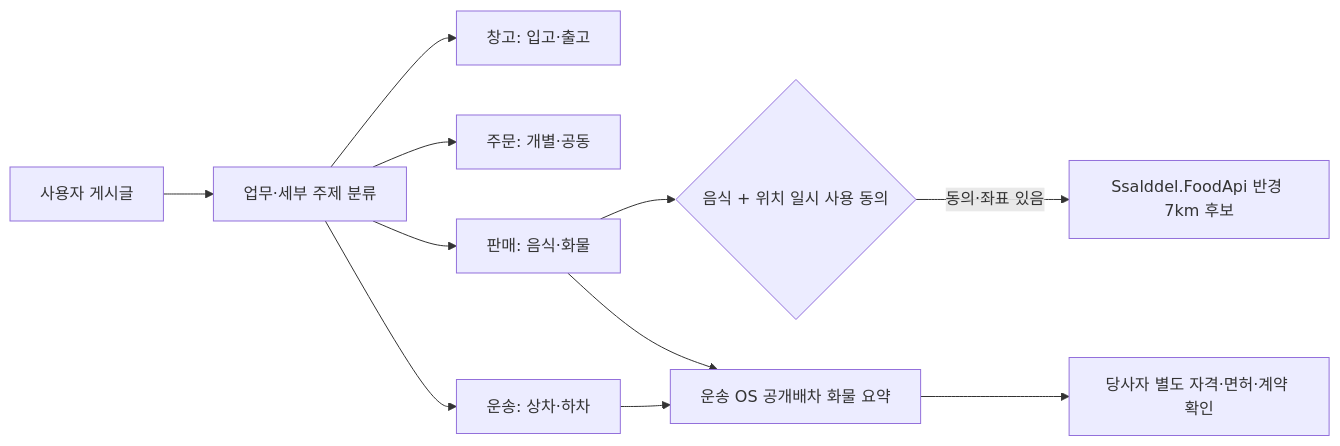
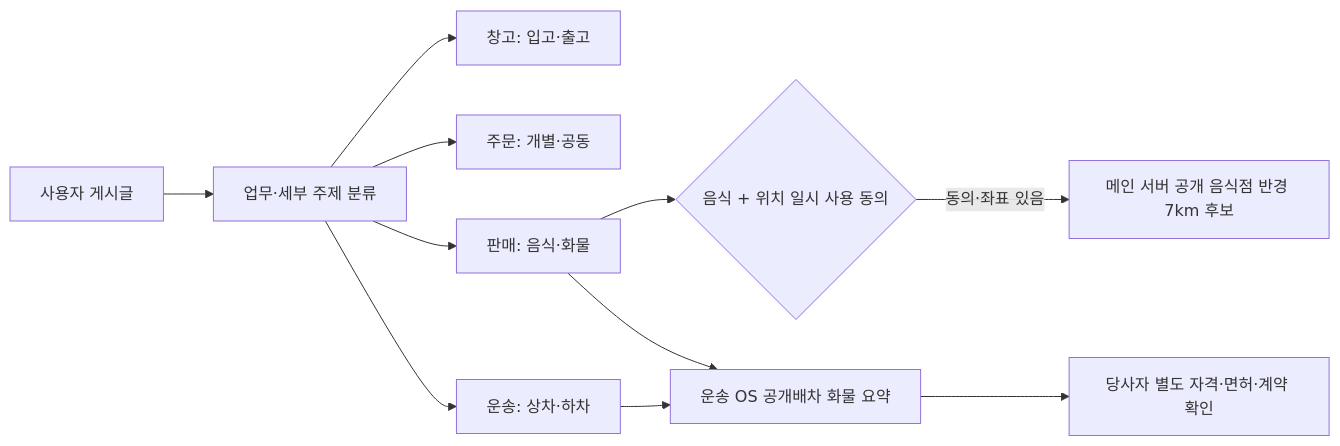
One commit to cheolwo/hongdal changed the diagram in docs/Architecture/CommunityDynamicTopicDiscovery.md. Above: the diagram before and after it, drawn with Mermaid. The commit also changed other lines of this file and 87 other files, not shown here.

````diff
--- a/docs/Architecture/CommunityDynamicTopicDiscovery.md
+++ b/docs/Architecture/CommunityDynamicTopicDiscovery.md
@@ -27,13 +27,13 @@
 ```mermaid
 flowchart LR
     A["사용자 게시글"] --> B["업무·세부 주제 분류"]
     B --> C["창고: 입고·출고"]
     B --> D["주문: 개별·공동"]
     B --> E["판매: 음식·화물"]
     B --> F["운송: 상차·하차"]
     E --> G{"음식 + 위치 일시 사용 동의"}
-    G -->|동의·좌표 있음| H["Ssalddel.FoodApi 반경 7km 후보"]
+    G -->|동의·좌표 있음| H["메인 서버 공개 음식점 반경 7km 후보"]
     E --> I["운송 OS 공개배차 화물 요약"]
     F --> I
     I --> J["당사자 별도 자격·면허·계약 확인"]
 ```
````
